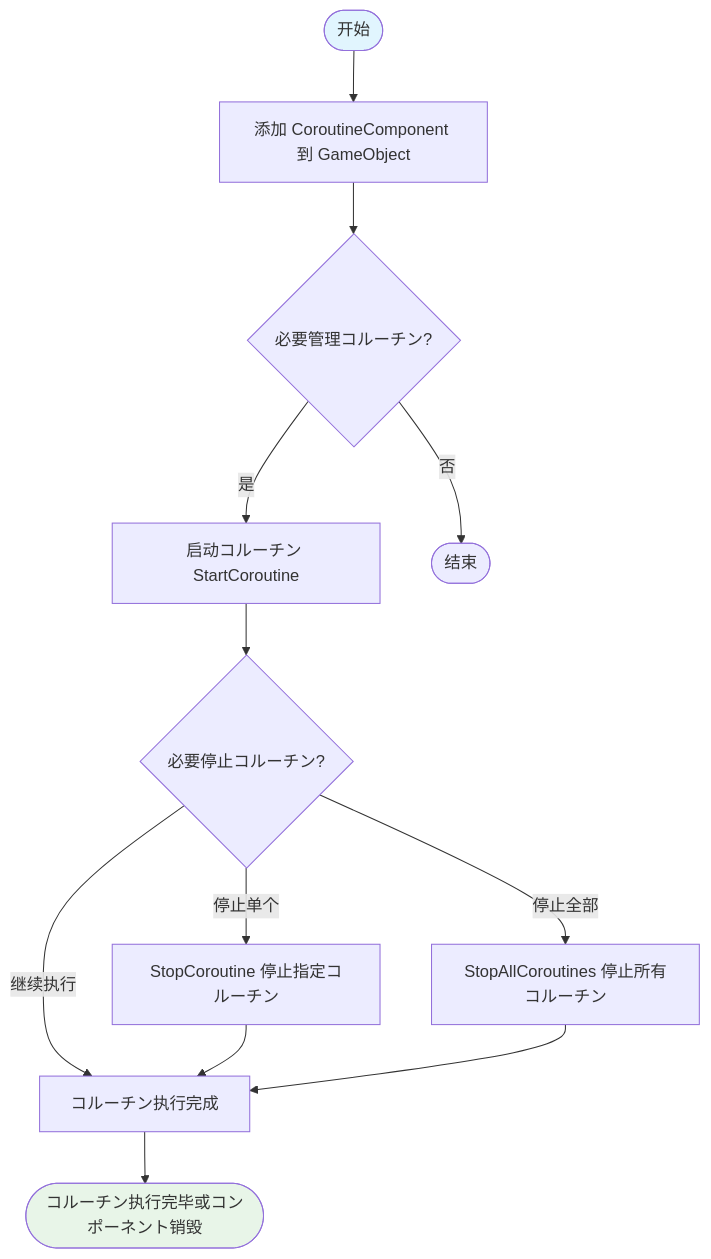
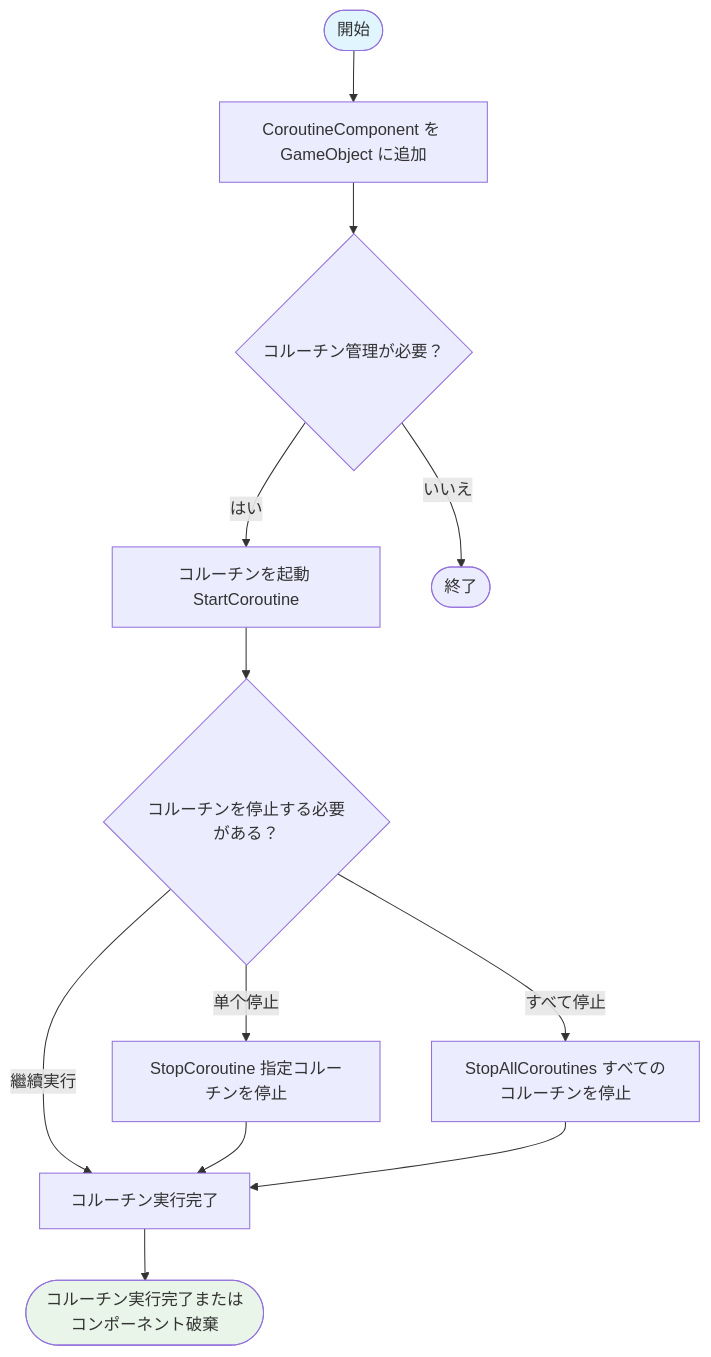
Before and after one commit to AlianBlank/GameFrameX.Docs: the first of 2 diagrams in docs/ja/client/unity/component/coroutine/05.usage.md, drawn with Mermaid. The commit also changed other lines of this file and 320 other files, not shown here.

````diff
--- a/docs/ja/client/unity/component/coroutine/05.usage.md
+++ b/docs/ja/client/unity/component/coroutine/05.usage.md
@@ -26,17 +26,17 @@
 ```mermaid
 flowchart TD
-    A([开始]) --> B[添加 CoroutineComponent 到 GameObject]
-    B --> C{必要管理コルーチン?}
-    C -->|是| D[启动コルーチン StartCoroutine]
-    D --> E{必要停止コルーチン?}
-    E -->|停止单个| F[StopCoroutine 停止指定コルーチン]
-    E -->|停止全部| G[StopAllCoroutines 停止所有コルーチン]
-    E -->|继续执行| H[コルーチン执行完成]
-    C -->|否| I([结束])
+    A([開始]) --> B[CoroutineComponent を GameObject に追加]
+    B --> C{コルーチン管理が必要？}
+    C -->|はい| D[コルーチンを起動 StartCoroutine]
+    D --> E{コルーチンを停止する必要がある？}
+    E -->|单个停止| F[StopCoroutine 指定コルーチンを停止]
+    E -->|すべて停止| G[StopAllCoroutines すべてのコルーチンを停止]
+    E -->|繼續実行| H[コルーチン実行完了]
+    C -->|いいえ| I([終了])
     F --> H
     G --> H
-    H --> J([コルーチン执行完毕或コンポーネント销毁])
+    H --> J([コルーチン実行完了またはコンポーネント破棄])
     
     style A fill:#e1f5fe
     style J fill:#e8f5e8
 ```
````
